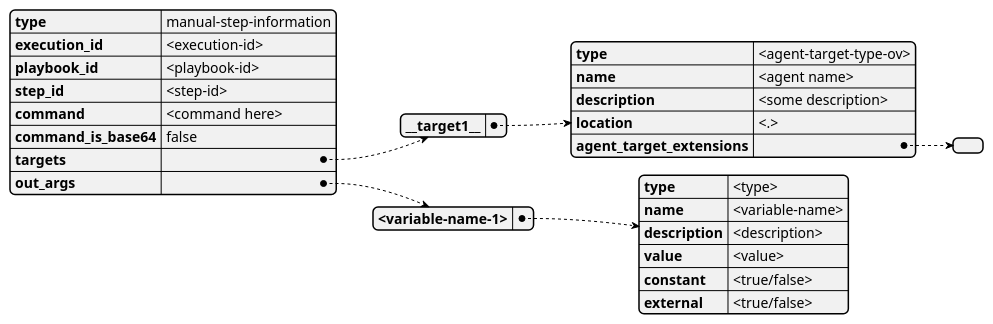
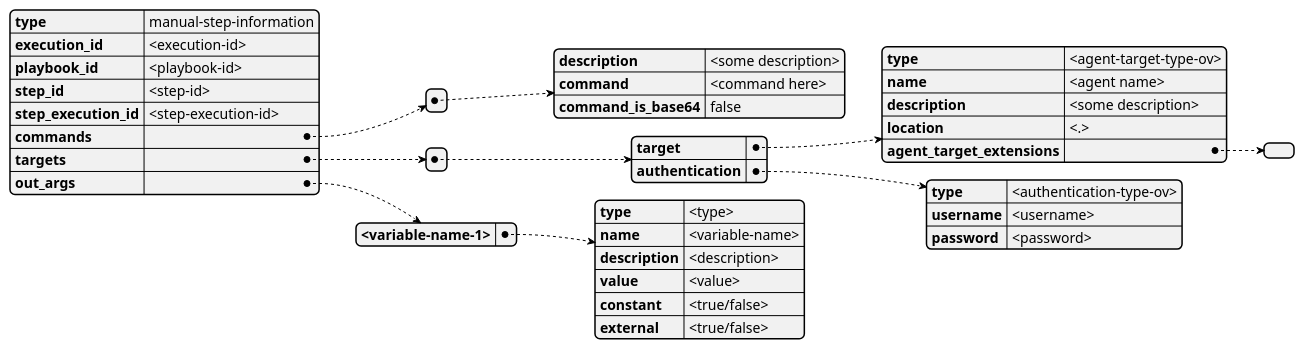
Before and after one commit to COSSAS/SOARCA: the third of 4 diagrams in docs/content/en/docs/core-components/api-manual.md, drawn with PlantUML. The commit also changed other lines of this file and 3 other files, not shown here.

````diff
--- a/docs/content/en/docs/core-components/api-manual.md
+++ b/docs/content/en/docs/core-components/api-manual.md
@@ -119,33 +139,46 @@
 ```plantuml
 @startjson
 
     {
         "type" :        "manual-step-information",
         "execution_id" : "<execution-id>",
         "playbook_id" :  "<playbook-id>",
         "step_id" :  "<step-id>",
-        "command" : "<command here>",
-        "command_is_base64" : "false",
-        "targets" : {
-            "__target1__" : {
-                "type" : "<agent-target-type-ov>",
-                "name" : "<agent name>",
+        "step_execution_id" :  "<step-execution-id>",
+        "commands" : [
+            {
                 "description" : "<some description>",
-                "location" : "<.>",
-                "agent_target_extensions" : {}
+                "command" : "<command here>",
+                "command_is_base64" : "false"
             }
-        },
+        ],
+        "targets" : [
+            {
+                "target" : {
+                    "type" : "<agent-target-type-ov>",
+                    "name" : "<agent name>",
+                    "description" : "<some description>",
+                    "location" : "<.>",
+                    "agent_target_extensions" : {}
+                },
+                "authentication" : {
+                    "type" : "<authentication-type-ov>",
+                    "username" : "<username>",
+                    "password" : "<password>"
+                }
+            }
+        ],
         "out_args":    {
             "<variable-name-1>" : {
                 "type":         "<type>",
                 "name":         "<variable-name>",
                 "description":  "<description>",
                 "value":        "<value>",
                 "constant":     "<true/false>",
                 "external":     "<true/false>"
             }
         }
     }
 
 @endjson
 ```
````
